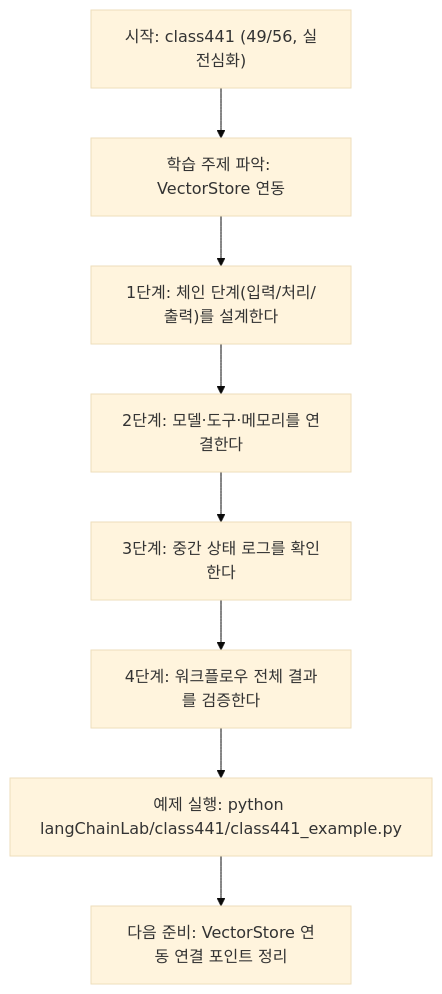
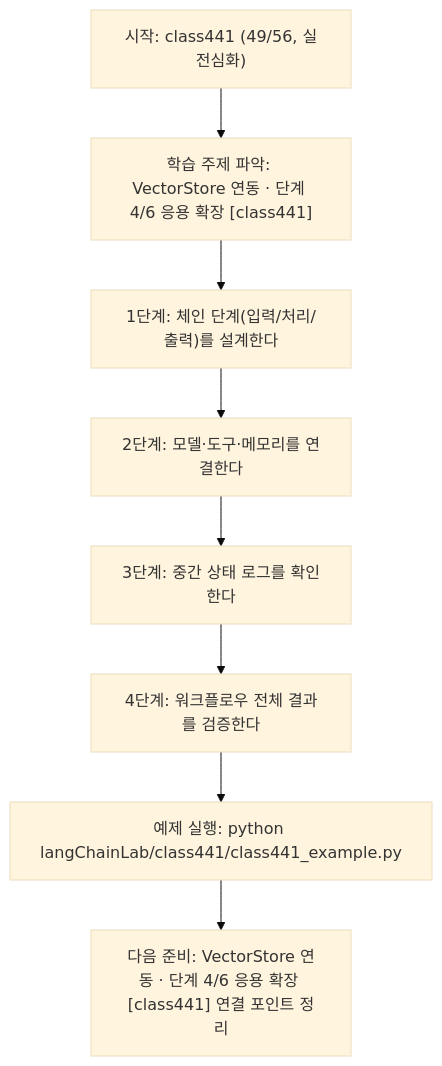
One commit to edumgt/Python-AI_Agent-Class changed the diagram in langChainLab/class441/class441.md. Above: the diagram before and after it, drawn with Mermaid (base theme). The commit also changed other lines of this file and 522 other files, not shown here.

````diff
--- a/langChainLab/class441/class441.md
+++ b/langChainLab/class441/class441.md
@@ -108,18 +109,18 @@
 ```mermaid
 flowchart TD
 N1["시작: class441 (49/56, 실전심화)"]
-N2["학습 주제 파악: VectorStore 연동"]
+N2["학습 주제 파악: VectorStore 연동 · 단계 4/6 응용 확장 [class441]"]
 N3["1단계: 체인 단계(입력/처리/출력)를 설계한다"]
 N4["2단계: 모델·도구·메모리를 연결한다"]
 N5["3단계: 중간 상태 로그를 확인한다"]
 N6["4단계: 워크플로우 전체 결과를 검증한다"]
 N7["예제 실행: python langChainLab/class441/class441_example.py"]
-N8["다음 준비: VectorStore 연동 연결 포인트 정리"]
+N8["다음 준비: VectorStore 연동 · 단계 4/6 응용 확장 [class441] 연결 포인트 정리"]
 N1 --> N2
 N2 --> N3
 N3 --> N4
 N4 --> N5
 N5 --> N6
 N6 --> N7
 N7 --> N8
 ```
````
